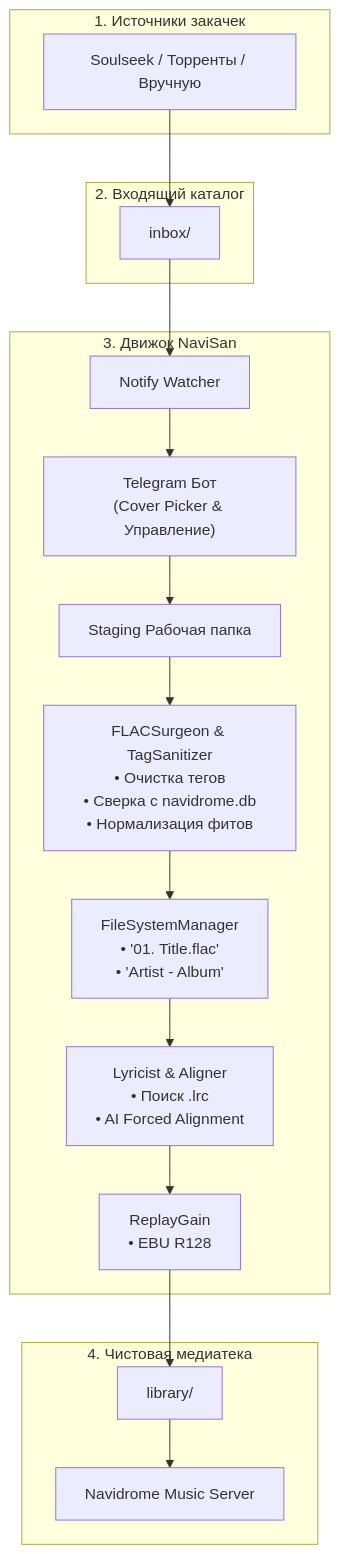
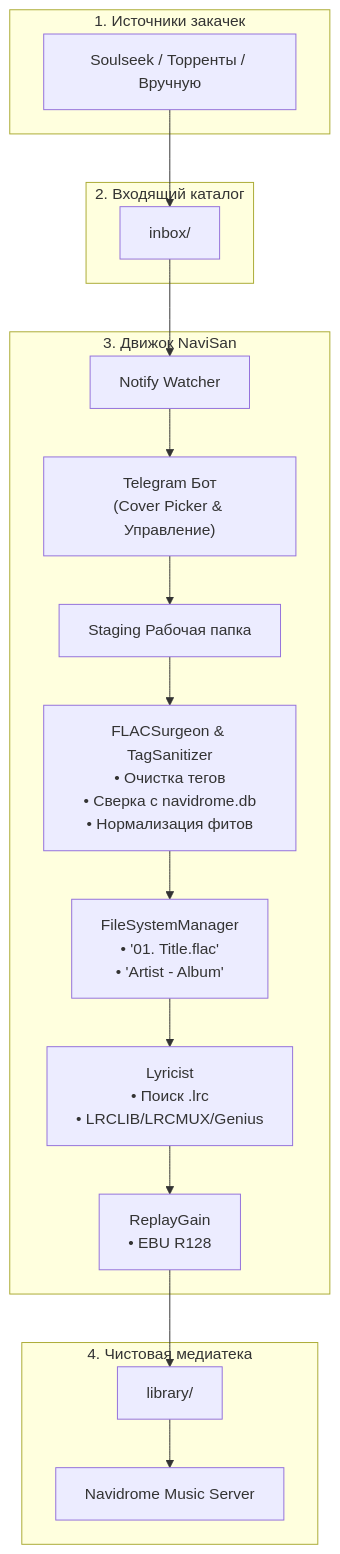
The diagram in README.md (Des10Tiny/NaviSan), drawn with Mermaid before and after one commit. The commit also changed other lines of this file and 4 other files, not shown here.

````diff
--- a/README.md
+++ b/README.md
@@ -61,34 +57,34 @@
 ```mermaid
 flowchart TD
     subgraph Download["1. Источники закачек"]
         A["Soulseek / Торренты / Вручную"]
     end
 
     subgraph InboxDir["2. Входящий каталог"]
         B["inbox/"]
     end
 
     subgraph NaviSanEngine["3. Движок NaviSan"]
         W["Notify Watcher"]
         TG["Telegram Бот<br/>(Cover Picker & Управление)"]
         S["Staging Рабочая папка"]
         
         P1["FLACSurgeon & TagSanitizer<br/>• Очистка тегов<br/>• Сверка с navidrome.db<br/>• Нормализация фитов"]
         P2["FileSystemManager<br/>• '01. Title.flac'<br/>• 'Artist - Album'"]
-        P3["Lyricist & Aligner<br/>• Поиск .lrc <br/>• AI Forced Alignment"]
+        P3["Lyricist<br/>• Поиск .lrc <br/>• LRCLIB/LRCMUX/Genius"]
         P4["ReplayGain<br/>• EBU R128"]
     end
 
     subgraph LibraryDir["4. Чистовая медиатека"]
         LIB["library/"]
         ND["Navidrome Music Server"]
     end
 
     A --> B
     B --> W
     W --> TG
     TG --> S
     S --> P1 --> P2 --> P3 --> P4
     P4 --> LIB
     LIB --> ND
 ```
````
